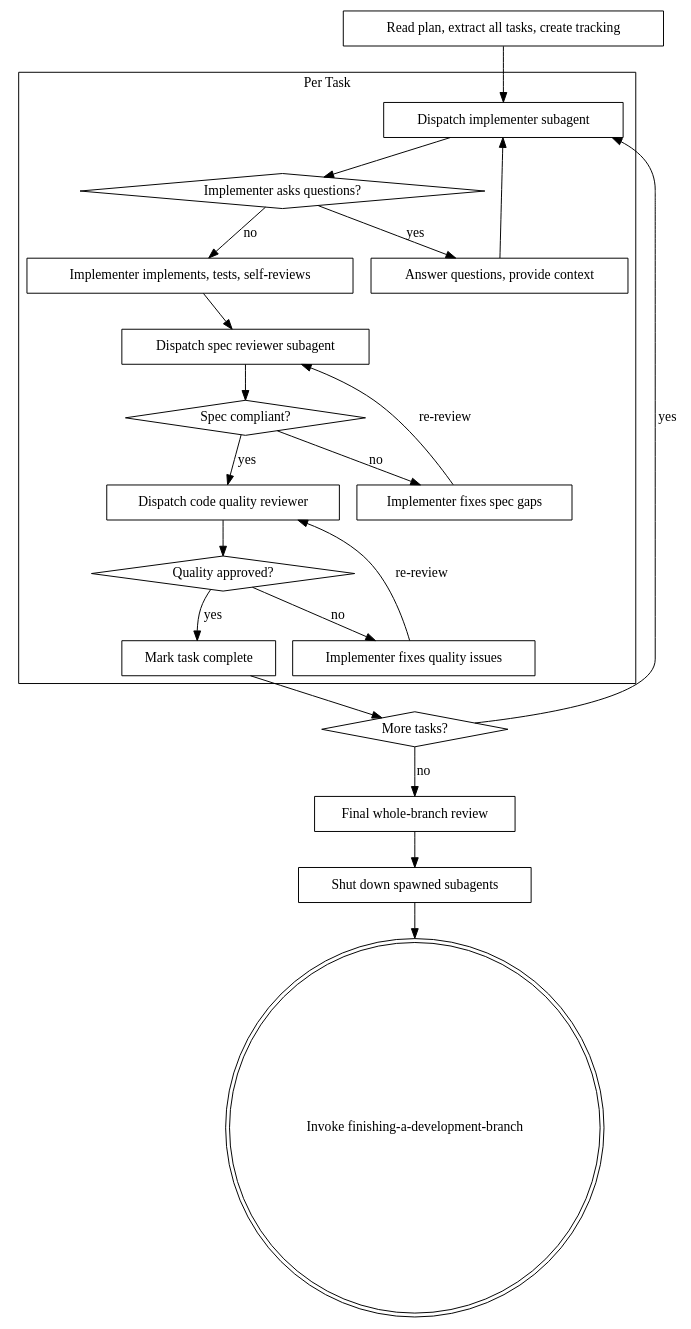
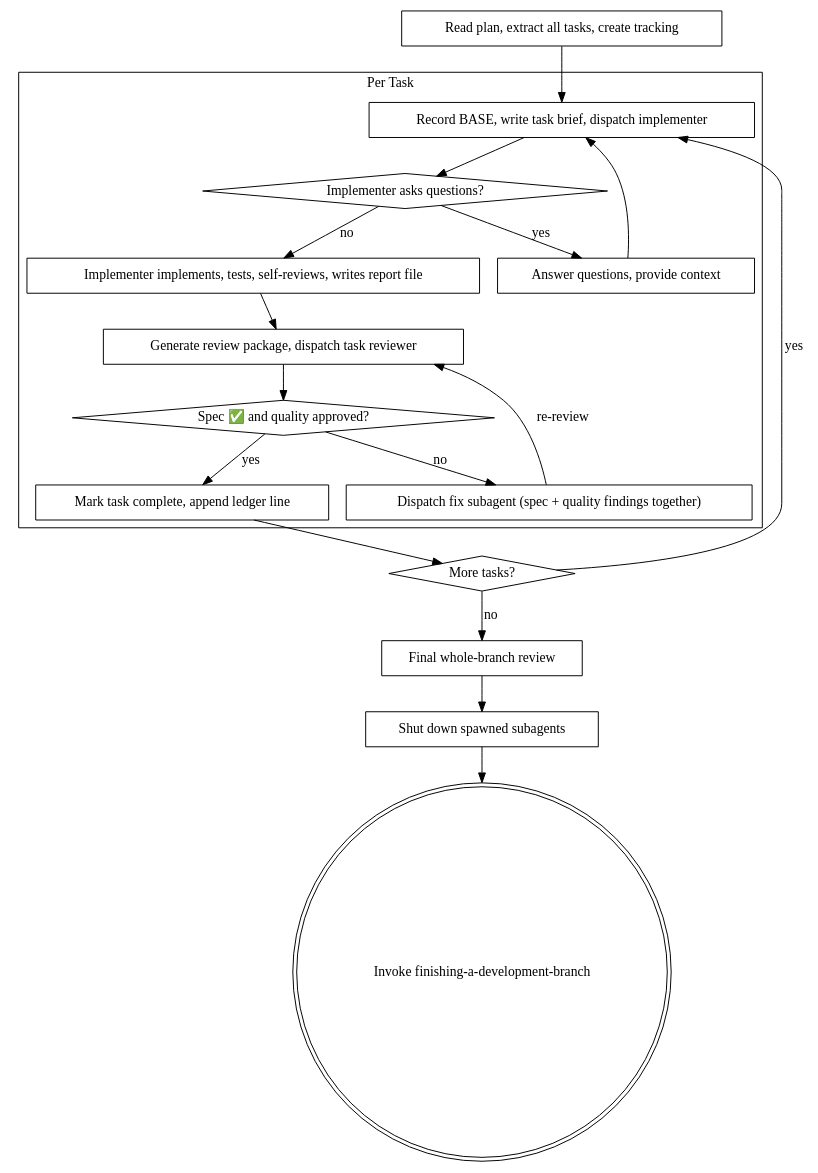
The diagram in skills/subagent-driven-development/SKILL.md (brunob54/superpowers-optimized), drawn with Graphviz before and after one commit. The commit also changed other lines of this file and 2 other files, not shown here.

Commit message:
SDD: single task-review gate; wave packages via --commits; narration rule

````diff
--- a/skills/subagent-driven-development/SKILL.md
+++ b/skills/subagent-driven-development/SKILL.md
@@ -24,46 +24,39 @@
 ```dot
 digraph sdd_process {
     rankdir=TB;
 
     subgraph cluster_per_task {
         label="Per Task";
-        "Dispatch implementer subagent" [shape=box];
+        "Record BASE, write task brief, dispatch implementer" [shape=box];
         "Implementer asks questions?" [shape=diamond];
         "Answer questions, provide context" [shape=box];
-        "Implementer implements, tests, self-reviews" [shape=box];
-        "Dispatch spec reviewer subagent" [shape=box];
-        "Spec compliant?" [shape=diamond];
-        "Implementer fixes spec gaps" [shape=box];
-        "Dispatch code quality reviewer" [shape=box];
-        "Quality approved?" [shape=diamond];
-        "Implementer fixes quality issues" [shape=box];
-        "Mark task complete" [shape=box];
+        "Implementer implements, tests, self-reviews, writes report file" [shape=box];
+        "Generate review package, dispatch task reviewer" [shape=box];
+        "Spec ✅ and quality approved?" [shape=diamond];
+        "Dispatch fix subagent (spec + quality findings together)" [shape=box];
+        "Mark task complete, append ledger line" [shape=box];
     }
 
     "Read plan, extract all tasks, create tracking" [shape=box];
     "More tasks?" [shape=diamond];
     "Final whole-branch review" [shape=box];
     "Shut down spawned subagents" [shape=box];
     "Invoke finishing-a-development-branch" [shape=doublecircle];
 
-    "Read plan, extract all tasks, create tracking" -> "Dispatch implementer subagent";
-    "Dispatch implementer subagent" -> "Implementer asks questions?";
+    "Read plan, extract all tasks, create tracking" -> "Record BASE, write task brief, dispatch implementer";
+    "Record BASE, write task brief, dispatch implementer" -> "Implementer asks questions?";
     "Implementer asks questions?" -> "Answer questions, provide context" [label="yes"];
-    "Answer questions, provide context" -> "Dispatch implementer subagent";
-    "Implementer asks questions?" -> "Implementer implements, tests, self-reviews" [label="no"];
-    "Implementer implements, tests, self-reviews" -> "Dispatch spec reviewer subagent";
-    "Dispatch spec reviewer subagent" -> "Spec compliant?";
-    "Spec compliant?" -> "Implementer fixes spec gaps" [label="no"];
-    "Implementer fixes spec gaps" -> "Dispatch spec reviewer subagent" [label="re-review"];
-    "Spec compliant?" -> "Dispatch code quality reviewer" [label="yes"];
-    "Dispatch code quality reviewer" -> "Quality approved?";
-    "Quality approved?" -> "Implementer fixes quality issues" [label="no"];
-    "Implementer fixes quality issues" -> "Dispatch code quality reviewer" [label="re-review"];
-    "Quality approved?" -> "Mark task complete" [label="yes"];
-    "Mark task complete" -> "More tasks?";
-    "More tasks?" -> "Dispatch implementer subagent" [label="yes"];
+    "Answer questions, provide context" -> "Record BASE, write task brief, dispatch implementer";
+    "Implementer asks questions?" -> "Implementer implements, tests, self-reviews, writes report file" [label="no"];
+    "Implementer implements, tests, self-reviews, writes report file" -> "Generate review package, dispatch task reviewer";
+    "Generate review package, dispatch task reviewer" -> "Spec ✅ and quality approved?";
+    "Spec ✅ and quality approved?" -> "Dispatch fix subagent (spec + quality findings together)" [label="no"];
+    "Dispatch fix subagent (spec + quality findings together)" -> "Generate review package, dispatch task reviewer" [label="re-review"];
+    "Spec ✅ and quality approved?" -> "Mark task complete, append ledger line" [label="yes"];
+    "Mark task complete, append ledger line" -> "More tasks?";
+    "More tasks?" -> "Record BASE, write task brief, dispatch implementer" [label="yes"];
     "More tasks?" -> "Final whole-branch review" [label="no"];
     "Final whole-branch review" -> "Shut down spawned subagents";
     "Shut down spawned subagents" -> "Invoke finishing-a-development-branch";
 }
 ```
````
